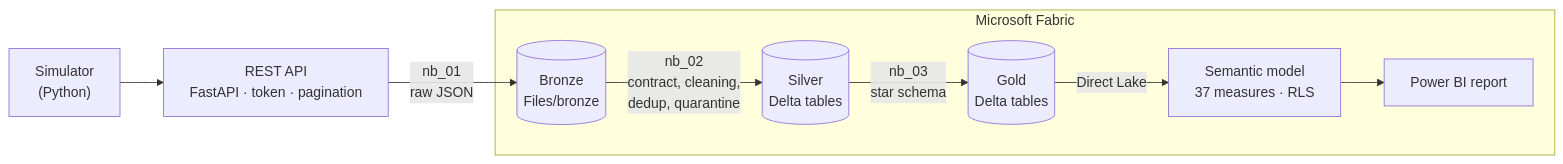
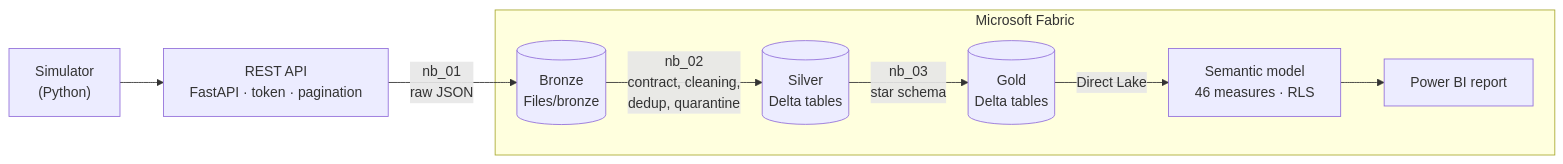
The diagram in README.en.md (GuilhermeRostirolla/painel-projetos-fabric), drawn with Mermaid before and after one commit. The commit also changed other lines of this file and 174 other files, not shown here.

````diff
--- a/README.en.md
+++ b/README.en.md
@@ -35,15 +35,15 @@
 ```mermaid
 flowchart LR
     S["Simulator<br/>(Python)"] --> A["REST API<br/>FastAPI · token · pagination"]
     A -- "nb_01<br/>raw JSON" --> B[("Bronze<br/>Files/bronze")]
     B -- "nb_02<br/>contract, cleaning,<br/>dedup, quarantine" --> SV[("Silver<br/>Delta tables")]
     SV -- "nb_03<br/>star schema" --> G[("Gold<br/>Delta tables")]
-    G -- "Direct Lake" --> M["Semantic model<br/>37 measures · RLS"] --> P["Power BI report"]
+    G -- "Direct Lake" --> M["Semantic model<br/>46 measures · RLS"] --> P["Power BI report"]
     subgraph Fabric["Microsoft Fabric"]
         B
         SV
         G
         M
         P
     end
 ```
````
